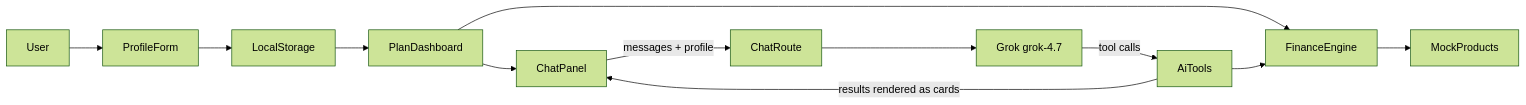
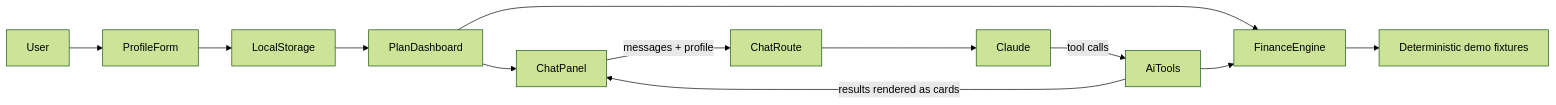
One commit to dhrubo/CursorAndEffect changed the diagram in README.md. Above: the diagram before and after it, drawn with Mermaid (forest theme). The commit also changed other lines of this file and 21 other files, not shown here.

````diff
--- a/README.md
+++ b/README.md
@@ -45,14 +59,14 @@
 ```mermaid
 flowchart LR
   User --> ProfileForm
   ProfileForm --> LocalStorage
   LocalStorage --> PlanDashboard
   PlanDashboard --> FinanceEngine
   PlanDashboard --> ChatPanel
   ChatPanel -->|"messages + profile"| ChatRoute
-  ChatRoute --> Grok["Grok grok-4.7"]
-  Grok -->|tool calls| AiTools
+  ChatRoute --> Claude["Claude"]
+  Claude -->|tool calls| AiTools
   AiTools --> FinanceEngine
-  FinanceEngine --> MockProducts
+  FinanceEngine --> DemoFixtures["Deterministic demo fixtures"]
   AiTools -->|results rendered as cards| ChatPanel
 ```
````
